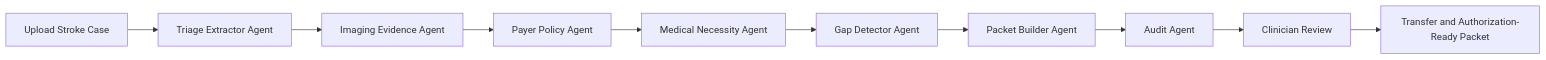
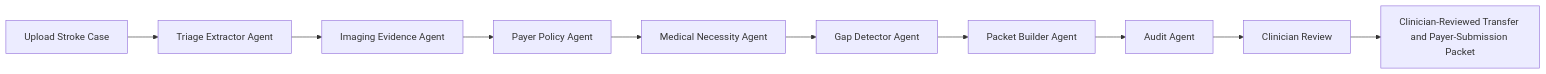
One commit to roshaninfordham/brainauthai changed the first of 4 diagrams in README.md. Above: the diagram before and after it, drawn with Mermaid. The commit also changed other lines of this file and 2 other files, not shown here.

````diff
--- a/README.md
+++ b/README.md
@@ -92,12 +92,12 @@
 ```mermaid
 flowchart LR
   A[Upload Stroke Case] --> B[Triage Extractor Agent]
   B --> C[Imaging Evidence Agent]
   C --> D[Payer Policy Agent]
   D --> E[Medical Necessity Agent]
   E --> F[Gap Detector Agent]
   F --> G[Packet Builder Agent]
   G --> H[Audit Agent]
   H --> I[Clinician Review]
-  I --> J[Transfer and Authorization-Ready Packet]
+  I --> J[Clinician-Reviewed Transfer and Payer-Submission Packet]
 ```
````
